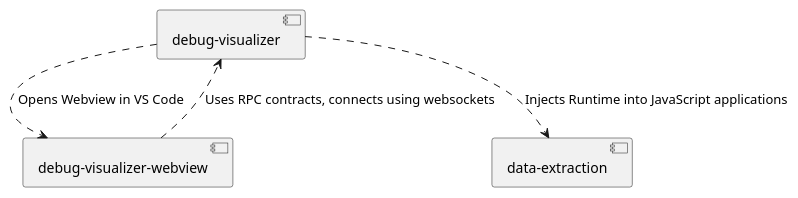
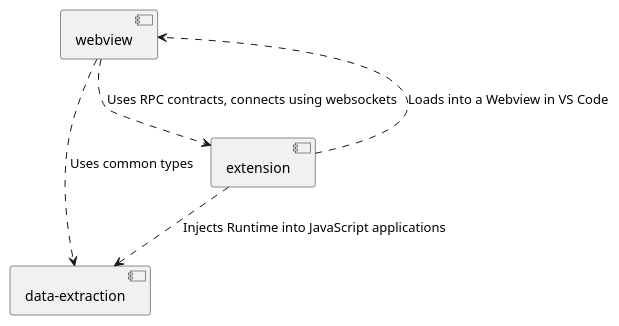
Before and after one commit to IoriK1020/vscode-debug-visualizer: the diagram in docs/main.plantuml, drawn with PlantUML. The commit also changed 3 other files, not shown here.

```diff
--- a/docs/main.plantuml
+++ b/docs/main.plantuml
@@ -1,12 +1,14 @@
 @startuml Main
 
 [data-extraction] 
-[debug-visualizer-webview]
-[debug-visualizer]
+[webview]
+[extension]
 
-[debug-visualizer-webview] ..> [debug-visualizer]: "Uses RPC contracts, connects using websockets"
-[debug-visualizer] ..> [debug-visualizer-webview]: "Opens Webview in VS Code"
+[webview] ..> [extension]: "Uses RPC contracts, connects using websockets"
+[extension] ..> [webview]: "Loads into a Webview in VS Code"
 
-[debug-visualizer] ..> [data-extraction]: "Injects Runtime into JavaScript applications"
+[extension] ..> [data-extraction]: "Injects Runtime into JavaScript applications"
+
+[webview] ..> [data-extraction]: "Uses common types"
 
 @enduml
```
